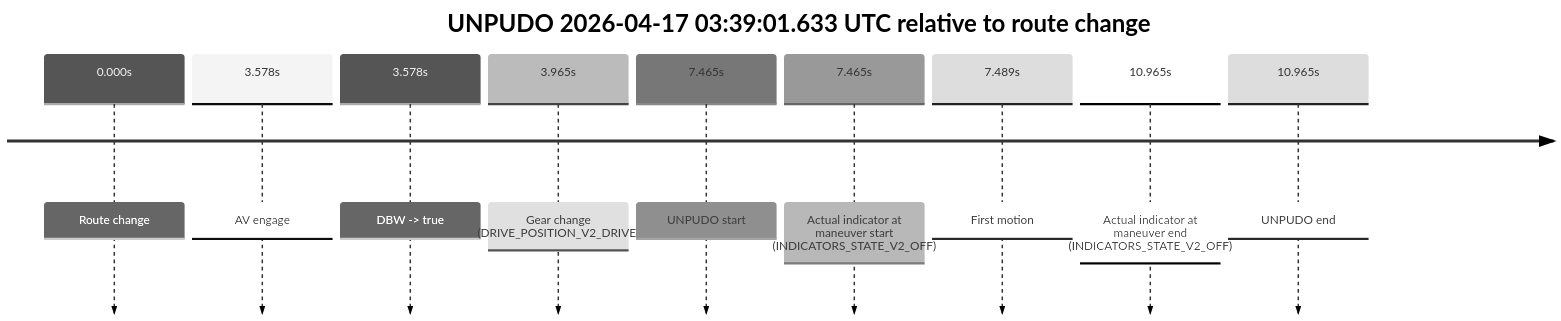
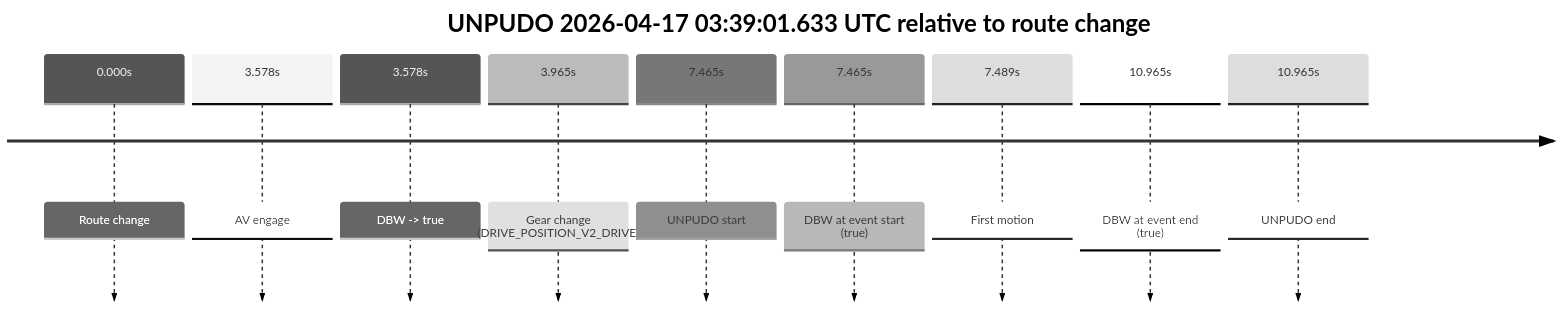
The fourth of 4 diagrams in model_analysis/report_cards/2026/04/Week-3/fme10005--2026-04-17--03-14-37--gen2-av-4cd403f2-b1b7-4e7c-afe5-42579f71b741.md (yoelshapiro/vault), drawn with Mermaid (neutral theme) before and after one commit. The commit also changed other lines of this file and 85 other files, not shown here.

````diff
--- a/model_analysis/report_cards/2026/04/Week-3/fme10005--2026-04-17--03-14-37--gen2-av-4cd403f2-b1b7-4e7c-afe5-42579f71b741.md
+++ b/model_analysis/report_cards/2026/04/Week-3/fme10005--2026-04-17--03-14-37--gen2-av-4cd403f2-b1b7-4e7c-afe5-42579f71b741.md
@@ -300,13 +315,13 @@
 ```mermaid
 timeline
     title UNPUDO 2026-04-17 03:39:01.633 UTC relative to route change
     0.000s : Route change
     3.578s : AV engage
     3.578s : DBW -> true
     3.965s : Gear change (DRIVE_POSITION_V2_DRIVE)
     7.465s : UNPUDO start
-    7.465s : Actual indicator at maneuver start (INDICATORS_STATE_V2_OFF)
+    7.465s : DBW at event start (true)
     7.489s : First motion
-    10.965s : Actual indicator at maneuver end (INDICATORS_STATE_V2_OFF)
+    10.965s : DBW at event end (true)
     10.965s : UNPUDO end
 ```
````
